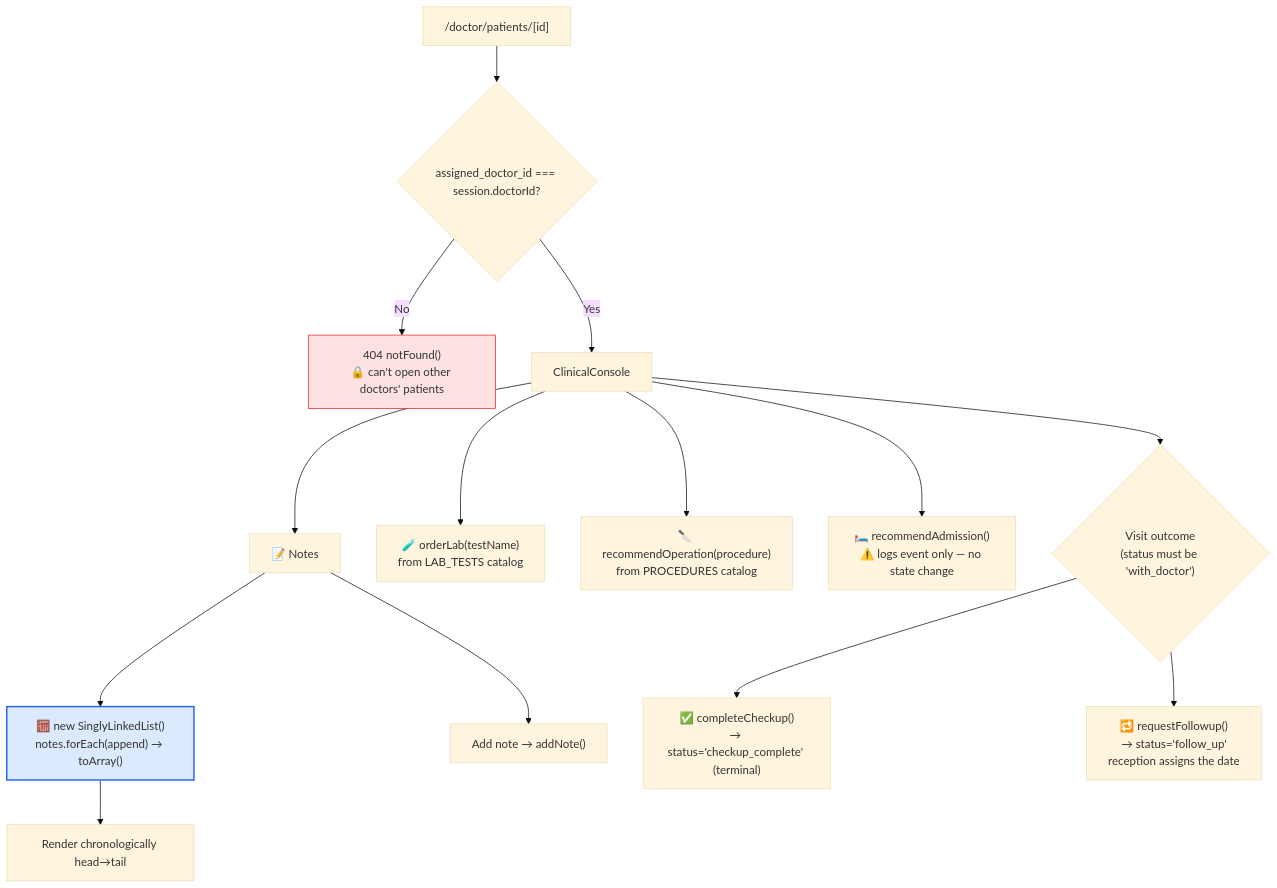
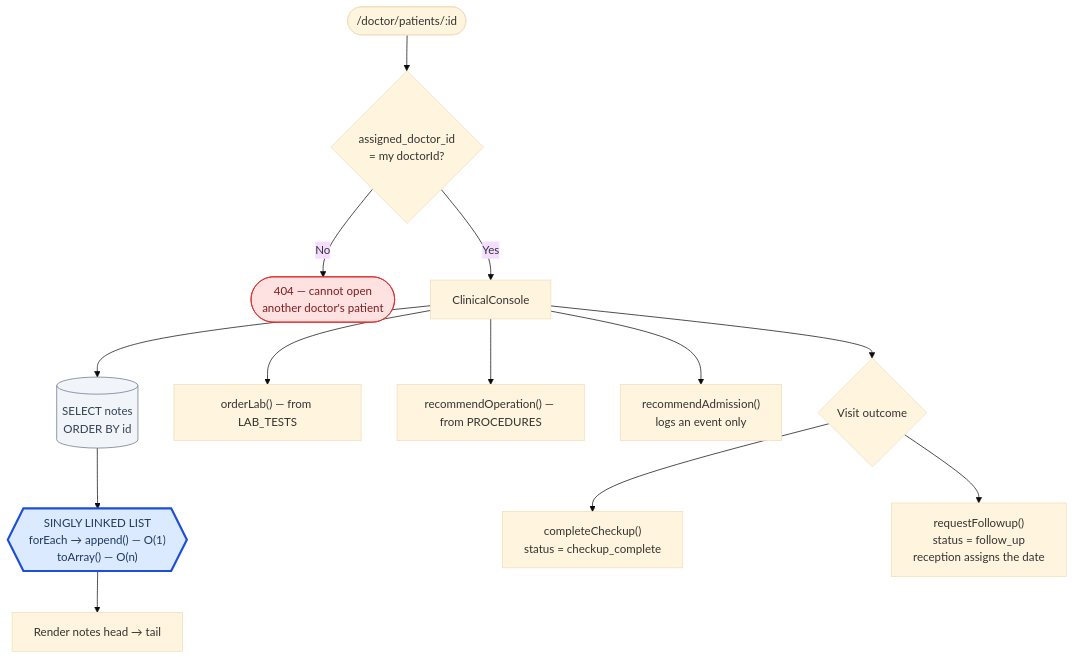
One commit to themuzzamil/Hospital-Management-System changed diagram 13 of 22 in flow.md. Above: the diagram before and after it, drawn with Mermaid (base theme). The commit also changed other lines of this file, not shown here.

````diff
--- a/flow.md
+++ b/flow.md
@@ -436,22 +419,25 @@
 ```mermaid
 flowchart TD
-    A["/doctor/patients/[id]"] --> B{"assigned_doctor_id === session.doctorId?"}
-    B -->|No| C["404 notFound()<br/>🔒 can't open other doctors' patients"]
-    B -->|Yes| D["ClinicalConsole"]
+    A(["/doctor/patients/:id"]) --> B{"assigned_doctor_id<br/>= my doctorId?"}
+    B -->|"No"| C(["404 — cannot open<br/>another doctor's patient"])
+    B -->|"Yes"| D["ClinicalConsole"]
 
-    D --> E["📝 Notes"]
-    E --> E1["🧮 new SinglyLinkedList()<br/>notes.forEach(append) → toArray()"]
-    E1 --> E2["Render chronologically head→tail"]
-    E --> E3["Add note → addNote()"]
+    D --> E[("SELECT notes<br/>ORDER BY id")]
+    E --> F{{"SINGLY LINKED LIST<br/>forEach → append() — O(1)<br/>toArray() — O(n)"}}
+    F --> G["Render notes head → tail"]
 
-    D --> F["🧪 orderLab(testName)<br/>from LAB_TESTS catalog"]
-    D --> G["🔪 recommendOperation(procedure)<br/>from PROCEDURES catalog"]
-    D --> H["🛏️ recommendAdmission()<br/>⚠️ logs event only — no state change"]
+    D --> H["orderLab() — from LAB_TESTS"]
+    D --> I["recommendOperation() — from PROCEDURES"]
+    D --> J["recommendAdmission()<br/>logs an event only"]
 
-    D --> I{"Visit outcome<br/>(status must be 'with_doctor')"}
-    I --> J["✅ completeCheckup()<br/>→ status='checkup_complete' (terminal)"]
-    I --> K["🔁 requestFollowup()<br/>→ status='follow_up'<br/>reception assigns the date"]
+    D --> K{"Visit outcome"}
+    K --> L["completeCheckup()<br/>status = checkup_complete"]
+    K --> M["requestFollowup()<br/>status = follow_up<br/>reception assigns the date"]
 
-    style E1 fill:#dbeafe,stroke:#2563eb,stroke-width:2px
-    style C fill:#fee2e2,stroke:#dc2626
+    classDef dsa fill:#dbeafe,stroke:#1d4ed8,stroke-width:3px,color:#1e3a5f
+    classDef db fill:#f1f5f9,stroke:#64748b,color:#334155
+    classDef gate fill:#fee2e2,stroke:#dc2626,color:#7f1d1d
+    class F dsa
+    class E db
+    class C gate
 ```
````
